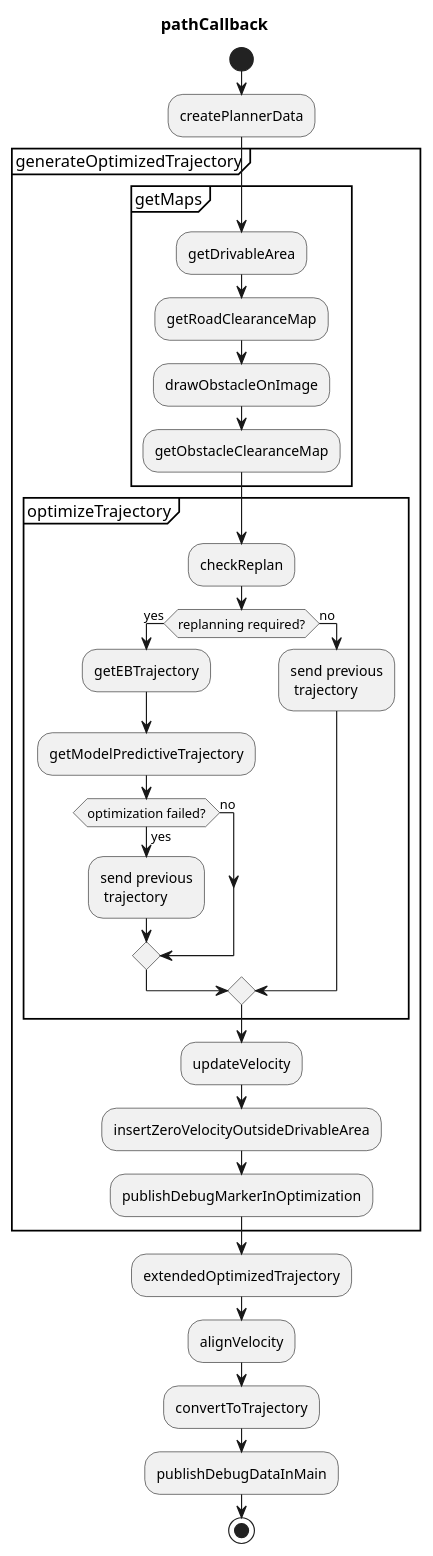
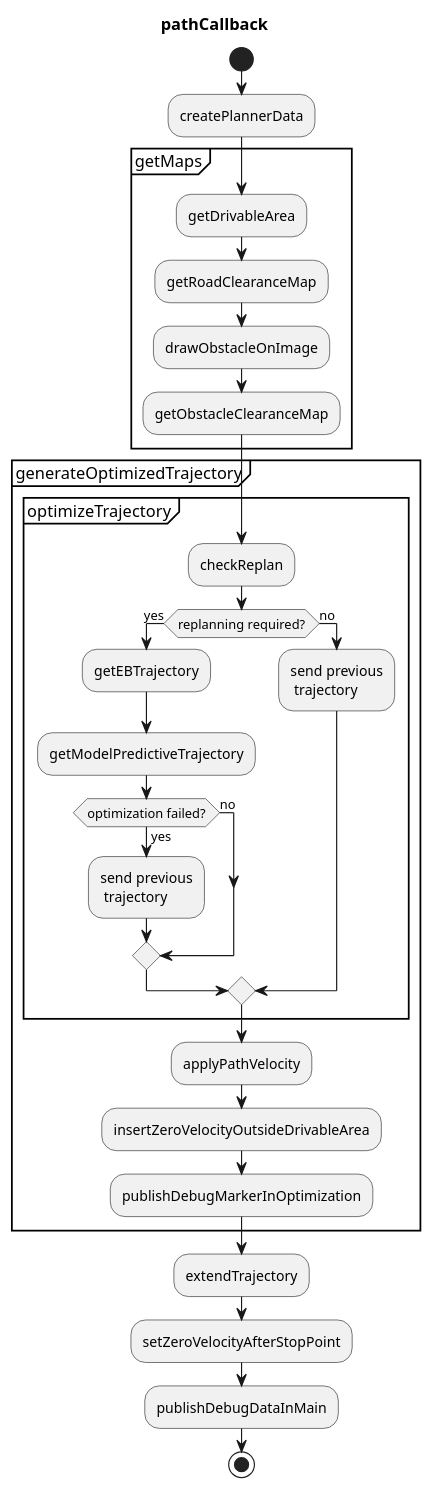
The diagram in planning/collision_free_path_planner/README.md (autowarefoundation/autoware.universe), drawn with PlantUML before and after one commit. The commit also changed 21 other files, not shown here.

````diff
--- a/planning/collision_free_path_planner/README.md
+++ b/planning/collision_free_path_planner/README.md
@@ -35,45 +35,44 @@
 ```plantuml
 @startuml
 title pathCallback
 start
 
 :createPlannerData;
 
+group getMaps
+  :getDrivableArea;
+  :getRoadClearanceMap;
+  :drawObstacleOnImage;
+  :getObstacleClearanceMap;
+end group
+
 group generateOptimizedTrajectory
-  group getMaps
-    :getDrivableArea;
-    :getRoadClearanceMap;
-    :drawObstacleOnImage;
-    :getObstacleClearanceMap;
-  end group
-
   group optimizeTrajectory
     :checkReplan;
     if (replanning required?) then (yes)
       :getEBTrajectory;
       :getModelPredictiveTrajectory;
       if (optimization failed?) then (no)
       else (yes)
         :send previous\n trajectory;
       endif
     else (no)
       :send previous\n trajectory;
     endif
   end group
 
-  :updateVelocity;
+  :applyPathVelocity;
   :insertZeroVelocityOutsideDrivableArea;
   :publishDebugMarkerInOptimization;
 end group
 
 
-:extendedOptimizedTrajectory;
-:alignVelocity;
+:extendTrajectory;
 
-:convertToTrajectory;
+:setZeroVelocityAfterStopPoint;
 
 :publishDebugDataInMain;
 
 stop
 @enduml
 ```
````
